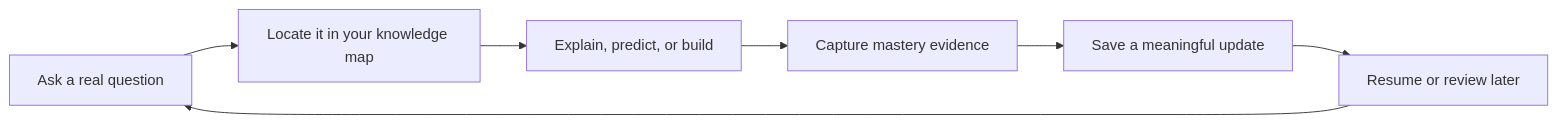
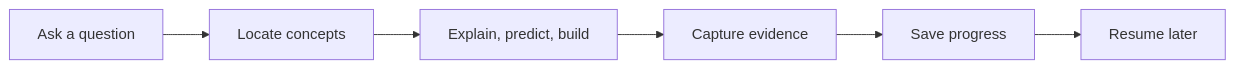
The diagram in README.md (SShending/learning-coach), drawn with Mermaid before and after one commit. The commit also changed other lines of this file, not shown here.

````diff
--- a/README.md
+++ b/README.md
@@ -44,9 +29,8 @@
 ```mermaid
 flowchart LR
-    Q["Ask a real question"] --> M["Locate it in your knowledge map"]
-    M --> A["Explain, predict, or build"]
-    A --> E["Capture mastery evidence"]
-    E --> S["Save a meaningful update"]
-    S --> R["Resume or review later"]
-    R --> Q
+    Q["Ask a question"] --> M["Locate concepts"]
+    M --> A["Explain, predict, build"]
+    A --> E["Capture evidence"]
+    E --> S["Save progress"]
+    S --> R["Resume later"]
 ```
````
